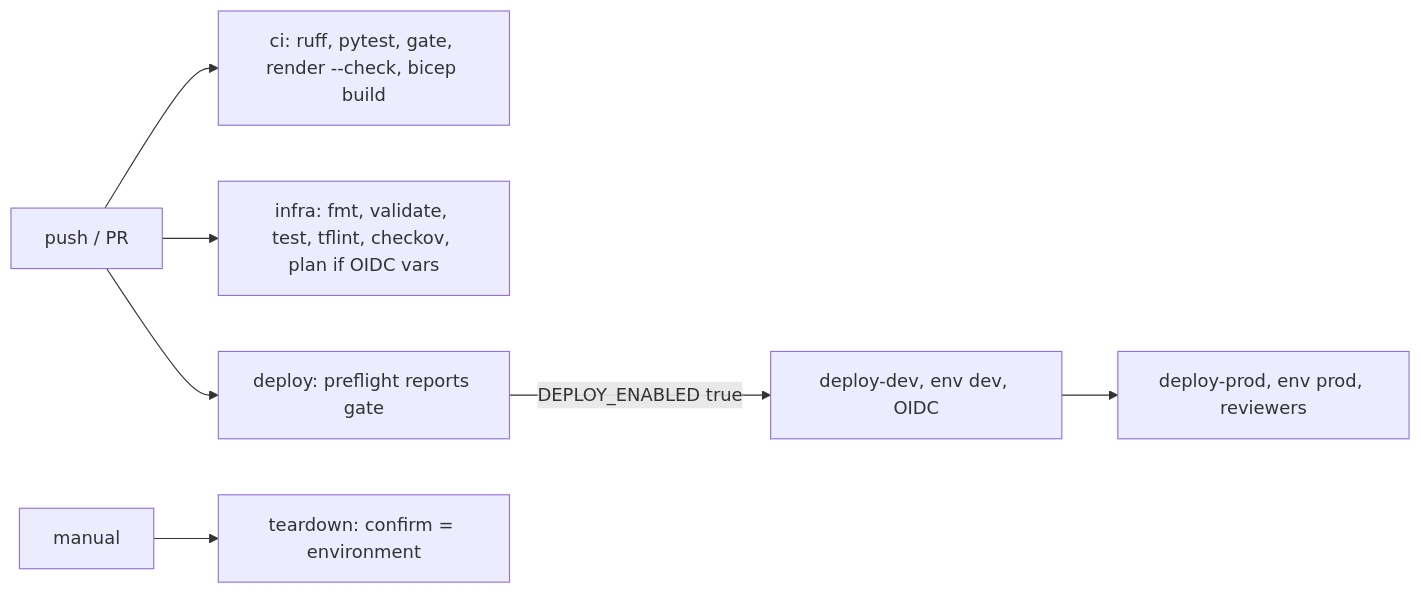
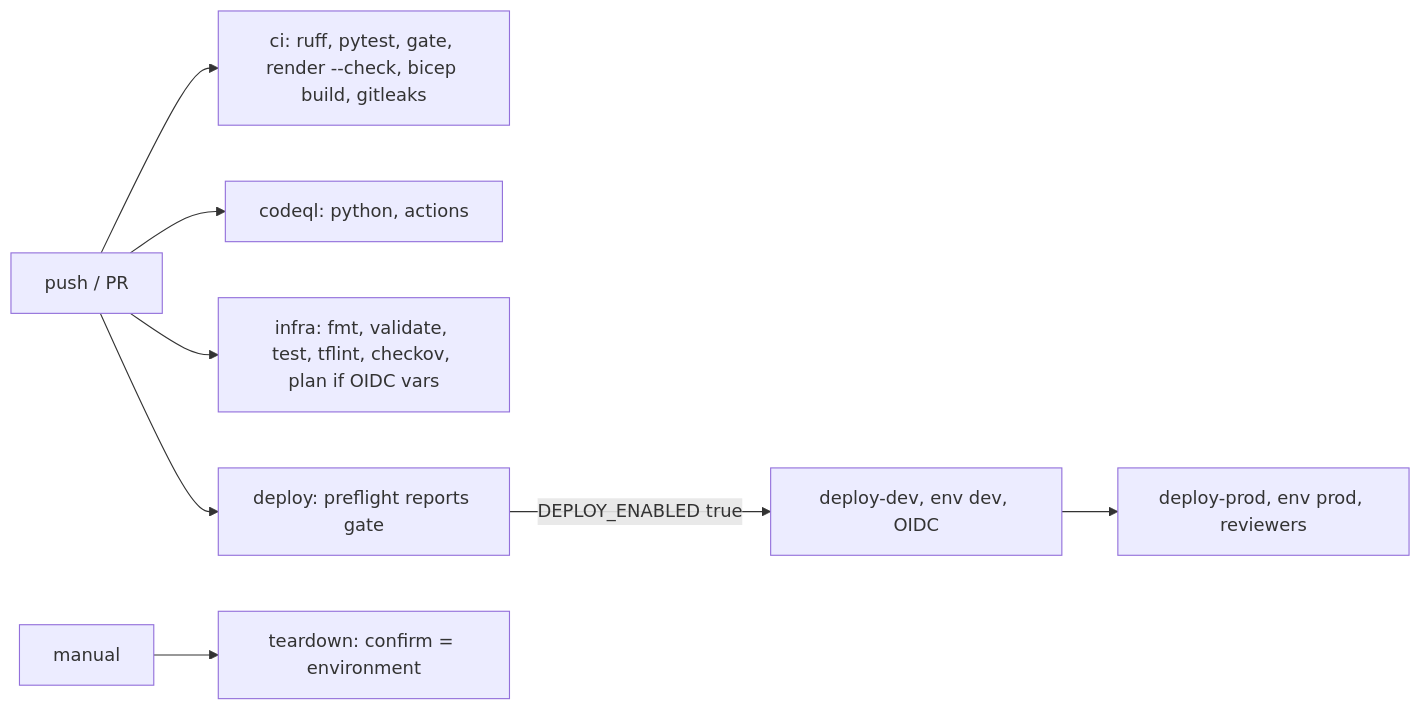
The diagram in docs/infra/workflows.md (jagadishmazure-jpg/Jagadish-agentic-ai-model-risk), drawn with Mermaid before and after one commit. The commit also changed other lines of this file and 6 other files, not shown here.

````diff
--- a/docs/infra/workflows.md
+++ b/docs/infra/workflows.md
@@ -15,9 +15,10 @@
 ```mermaid
 flowchart LR
-  PUSH[push / PR] --> CI[ci: ruff, pytest, gate, render --check, bicep build]
+  PUSH[push / PR] --> CI[ci: ruff, pytest, gate, render --check, bicep build, gitleaks]
+  PUSH --> CQL[codeql: python, actions]
   PUSH --> INF[infra: fmt, validate, test, tflint, checkov, plan if OIDC vars]
   PUSH --> PRE[deploy: preflight reports gate]
   PRE -->|DEPLOY_ENABLED true| DEV[deploy-dev, env dev, OIDC]
   DEV --> PROD[deploy-prod, env prod, reviewers]
   MAN[manual] --> TD[teardown: confirm = environment]
 ```
````
